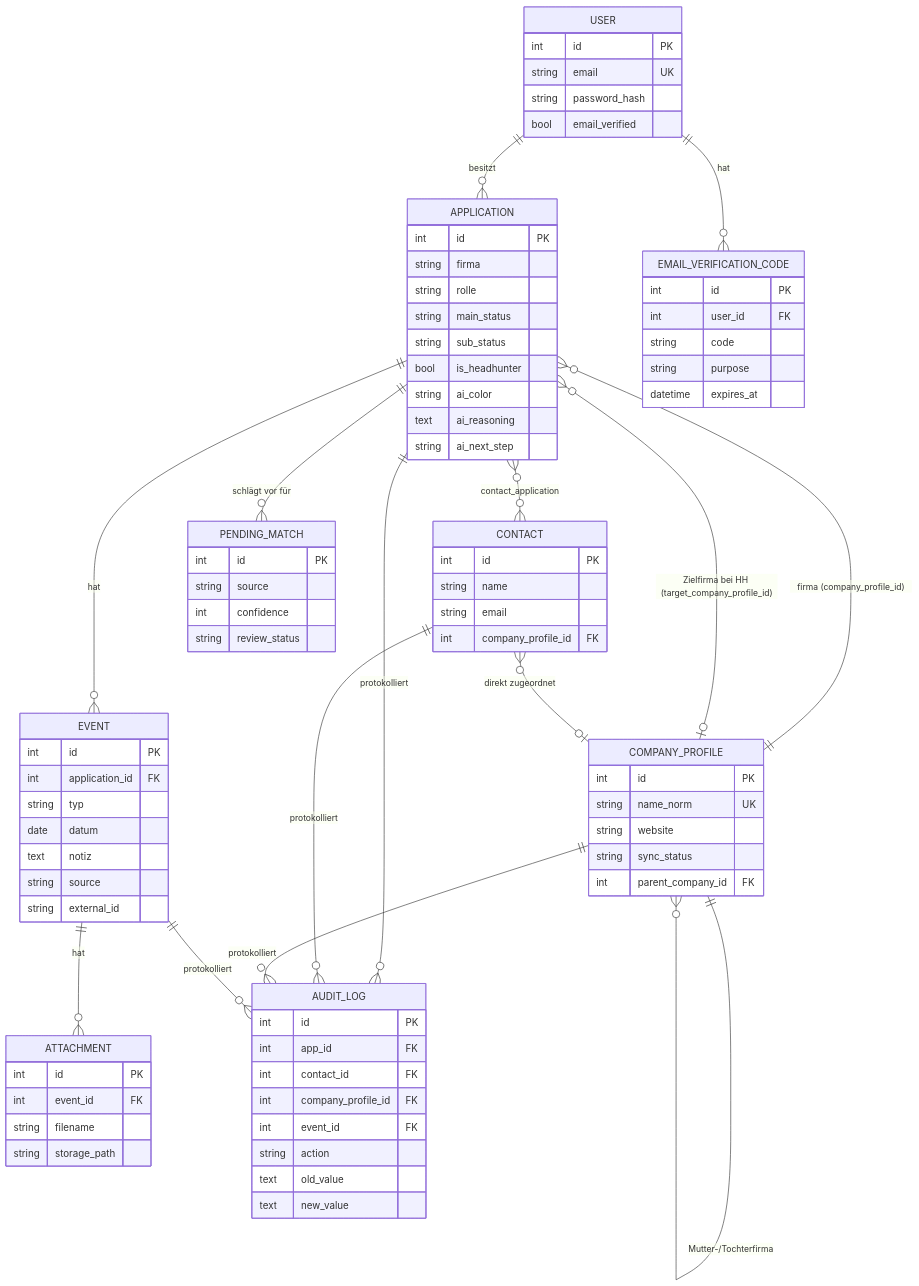
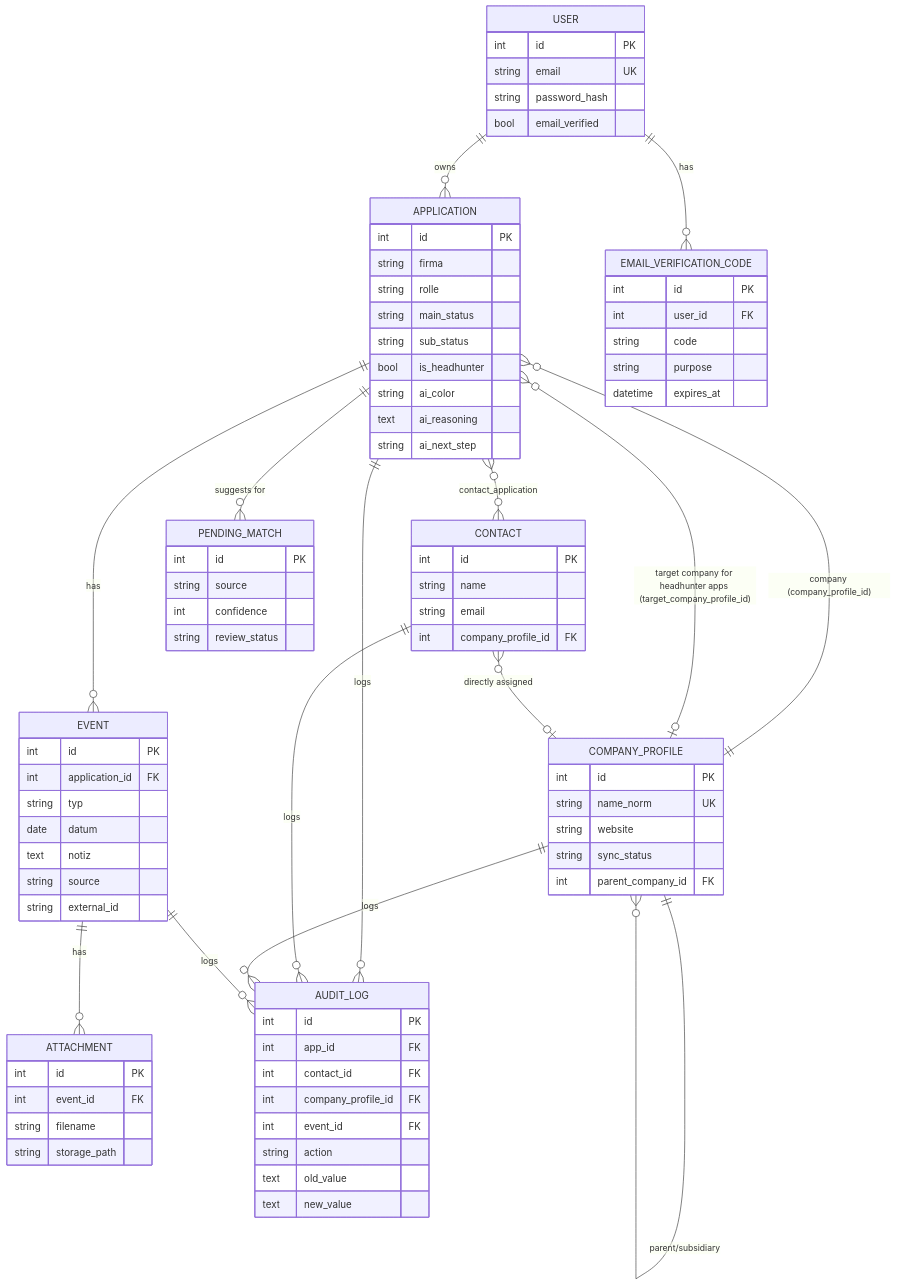
Before and after one commit to EGulinsky/rapport: the seventh of 9 diagrams in docs/ARCHITECTURE.md, drawn with Mermaid. The commit also changed other lines of this file and 6 other files, not shown here.

````diff
--- a/docs/ARCHITECTURE.md
+++ b/docs/ARCHITECTURE.md
@@ -509,19 +509,19 @@
 ```mermaid
 erDiagram
-    USER ||--o{ APPLICATION : besitzt
-    USER ||--o{ EMAIL_VERIFICATION_CODE : hat
-    APPLICATION ||--o{ EVENT : hat
+    USER ||--o{ APPLICATION : owns
+    USER ||--o{ EMAIL_VERIFICATION_CODE : has
+    APPLICATION ||--o{ EVENT : has
     APPLICATION }o--o{ CONTACT : "contact_application"
-    APPLICATION ||--o{ PENDING_MATCH : "schlägt vor für"
-    APPLICATION }o--|| COMPANY_PROFILE : "firma (company_profile_id)"
-    APPLICATION }o--o| COMPANY_PROFILE : "Zielfirma bei HH (target_company_profile_id)"
-    EVENT ||--o{ ATTACHMENT : hat
-    CONTACT }o--o| COMPANY_PROFILE : "direkt zugeordnet"
-    COMPANY_PROFILE ||--o{ COMPANY_PROFILE : "Mutter-/Tochterfirma"
-    APPLICATION ||--o{ AUDIT_LOG : protokolliert
-    CONTACT ||--o{ AUDIT_LOG : protokolliert
-    COMPANY_PROFILE ||--o{ AUDIT_LOG : protokolliert
-    EVENT ||--o{ AUDIT_LOG : protokolliert
+    APPLICATION ||--o{ PENDING_MATCH : "suggests for"
+    APPLICATION }o--|| COMPANY_PROFILE : "company (company_profile_id)"
+    APPLICATION }o--o| COMPANY_PROFILE : "target company for headhunter apps (target_company_profile_id)"
+    EVENT ||--o{ ATTACHMENT : has
+    CONTACT }o--o| COMPANY_PROFILE : "directly assigned"
+    COMPANY_PROFILE ||--o{ COMPANY_PROFILE : "parent/subsidiary"
+    APPLICATION ||--o{ AUDIT_LOG : logs
+    CONTACT ||--o{ AUDIT_LOG : logs
+    COMPANY_PROFILE ||--o{ AUDIT_LOG : logs
+    EVENT ||--o{ AUDIT_LOG : logs
 
     USER {
         int id PK
````
